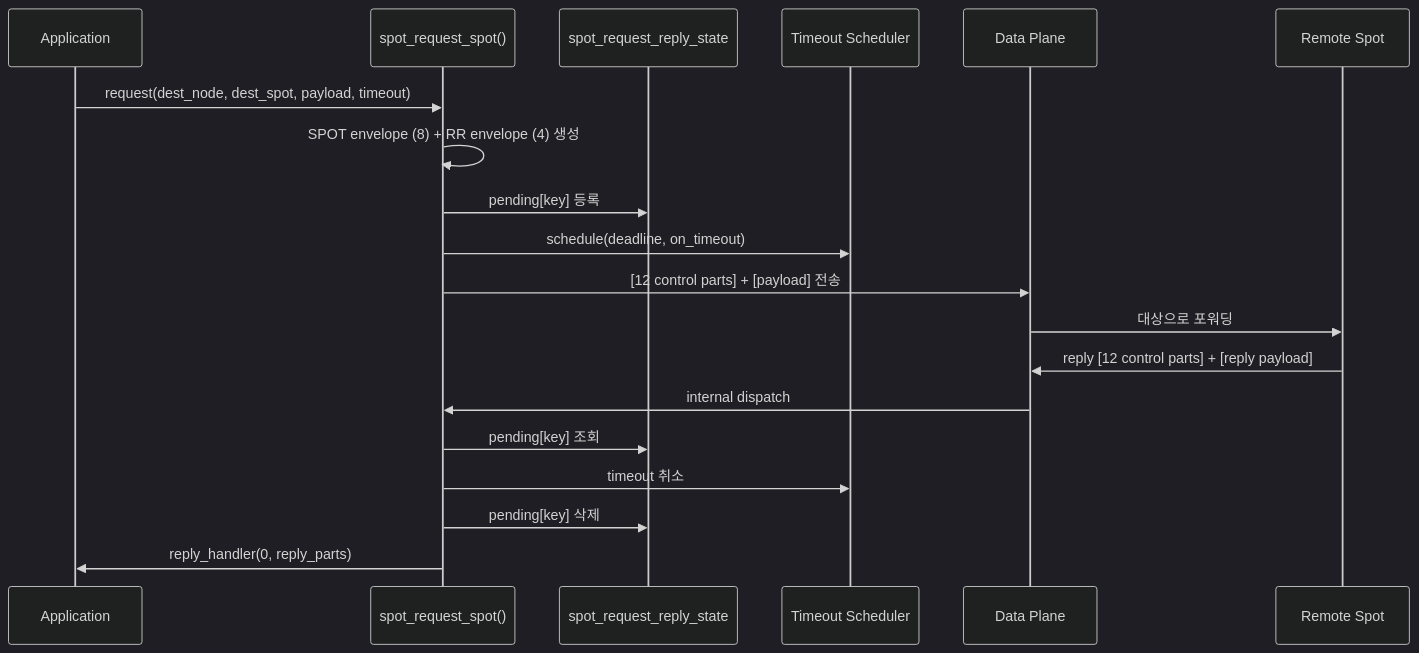
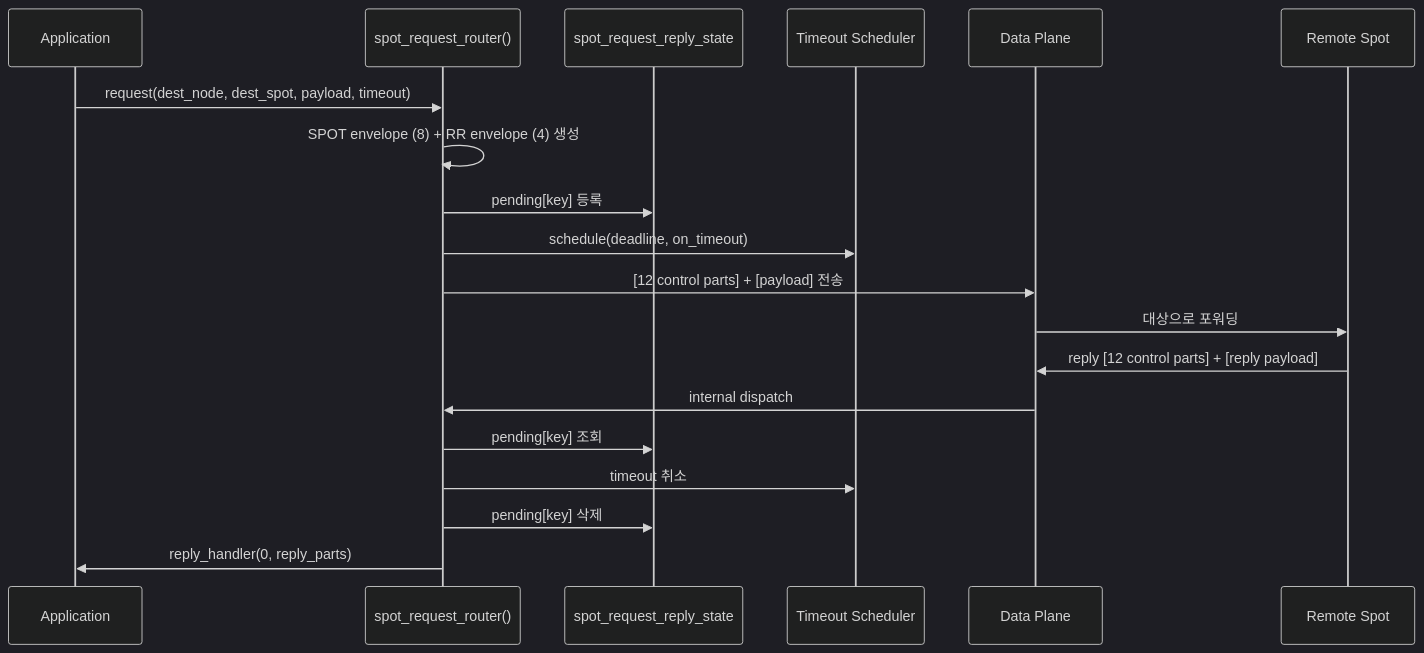
Before and after one commit to kairos-code-dev/zlink: the seventh of 14 diagrams in doc/internals/services-internals.ko.md, drawn with Mermaid (dark theme). The commit also changed other lines of this file and 308 other files, not shown here.

````diff
--- a/doc/internals/services-internals.ko.md
+++ b/doc/internals/services-internals.ko.md
@@ -378,23 +378,23 @@
 ```mermaid
 sequenceDiagram
     participant App as Application
-    participant API as spot_request_spot()
+    participant API as spot_request_router()
     participant State as spot_request_reply_state
     participant Sched as Timeout Scheduler
     participant DP as Data Plane
     participant Remote as Remote Spot
 
     App->>API: request(dest_node, dest_spot, payload, timeout)
     API->>API: SPOT envelope (8) + RR envelope (4) 생성
     API->>State: pending[key] 등록
     API->>Sched: schedule(deadline, on_timeout)
     API->>DP: [12 control parts] + [payload] 전송
     DP->>Remote: 대상으로 포워딩
 
     Remote->>DP: reply [12 control parts] + [reply payload]
     DP->>API: internal dispatch
     API->>State: pending[key] 조회
     API->>Sched: timeout 취소
     API->>State: pending[key] 삭제
     API->>App: reply_handler(0, reply_parts)
 ```
````
